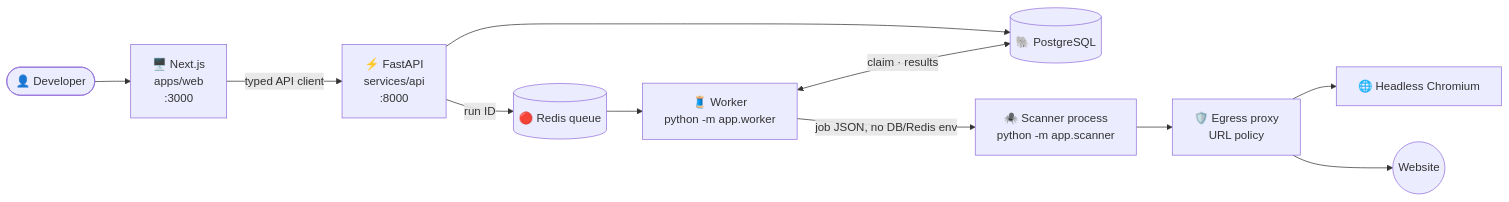
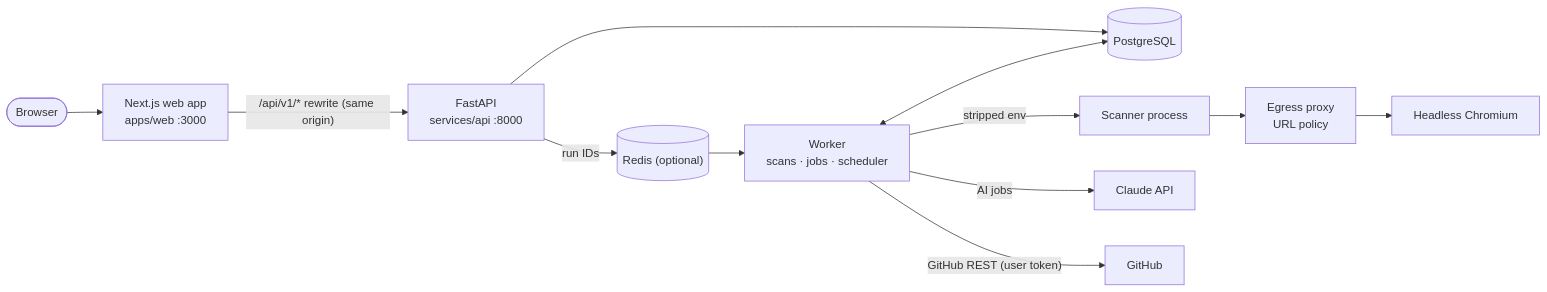
Before and after one commit to ImalkaDevHub/Fixify: the diagram in README.md, drawn with Mermaid. The commit also changed other lines of this file and 154 other files, not shown here.

````diff
--- a/README.md
+++ b/README.md
@@ -53,12 +34,12 @@
 ```mermaid
 flowchart LR
-    U([👤 Developer]) --> W["🖥️ Next.js<br/>apps/web<br/>:3000"]
-    W -->|typed API client| A["⚡ FastAPI<br/>services/api<br/>:8000"]
-    A --> P[("🐘 PostgreSQL")]
-    A -->|run ID| R[("🔴 Redis queue")]
-    R --> K["🧵 Worker<br/>python -m app.worker"]
-    K <-->|claim · results| P
-    K -->|job JSON, no DB/Redis env| S["🕷️ Scanner process<br/>python -m app.scanner"]
-    S --> X["🛡️ Egress proxy<br/>URL policy"] --> C["🌐 Headless Chromium"]
-    X --> Web(("Website"))
+    U([Browser]) --> W["Next.js web app<br/>apps/web :3000"]
+    W -->|"/api/v1/* rewrite (same origin)"| A["FastAPI<br/>services/api :8000"]
+    A --> P[("PostgreSQL")]
+    A -->|run IDs| R[("Redis (optional)")]
+    K["Worker<br/>scans · jobs · scheduler"] <--> P
+    R --> K
+    K -->|stripped env| S["Scanner process"] --> X["Egress proxy<br/>URL policy"] --> C["Headless Chromium"]
+    K -->|AI jobs| AI["Claude API"]
+    K -->|"GitHub REST (user token)"| G["GitHub"]
 ```
````
